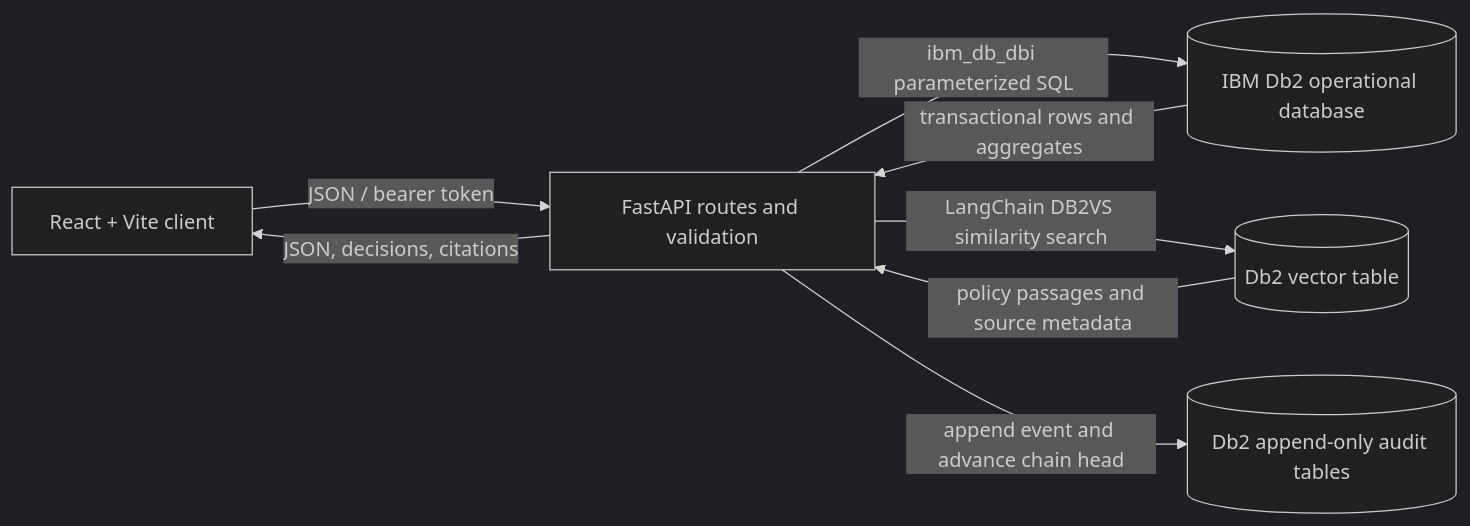
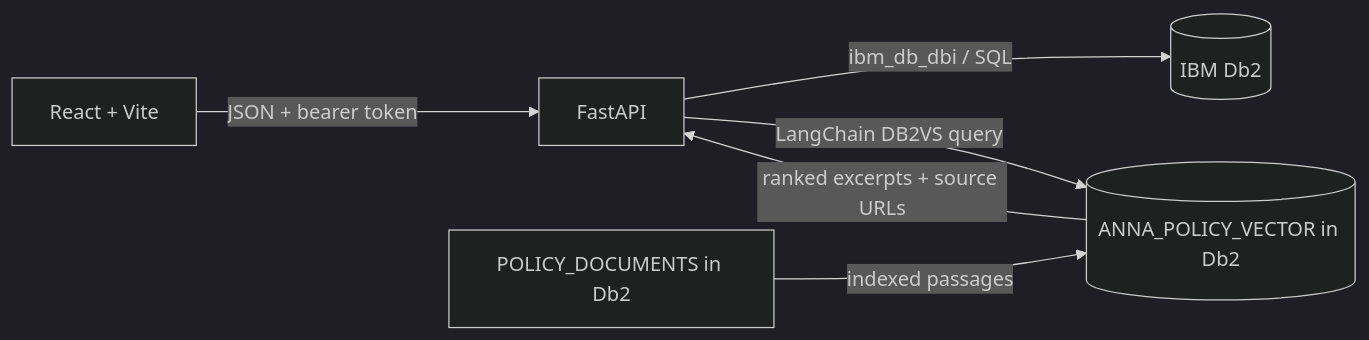
One commit to KunalGolaIBM/IBM_Db2_TechX_Project_Submission changed the diagram in submissions/annasetu/architecture.md. Above: the diagram before and after it, drawn with Mermaid (dark theme). The commit also changed other lines of this file and 26 other files, not shown here.

````diff
--- a/submissions/annasetu/architecture.md
+++ b/submissions/annasetu/architecture.md
@@ -8,10 +9,8 @@
 ```mermaid
 flowchart LR
-    Browser[React + Vite client] -->|JSON / bearer token| API[FastAPI routes and validation]
-    API -->|ibm_db_dbi parameterized SQL| Ops[(IBM Db2 operational database)]
-    API -->|LangChain DB2VS similarity search| Vectors[(Db2 vector table)]
-    Vectors -->|policy passages and source metadata| API
-    Ops -->|transactional rows and aggregates| API
-    API -->|JSON, decisions, citations| Browser
-    API -->|append event and advance chain head| Audit[(Db2 append-only audit tables)]
+  Browser[React + Vite] -->|JSON + bearer token| API[FastAPI]
+  API -->|ibm_db_dbi / SQL| Db2[(IBM Db2)]
+  API -->|LangChain DB2VS query| Vector[(ANNA_POLICY_VECTOR in Db2)]
+  Policy[POLICY_DOCUMENTS in Db2] -->|indexed passages| Vector
+  Vector -->|ranked excerpts + source URLs| API
 ```
````
